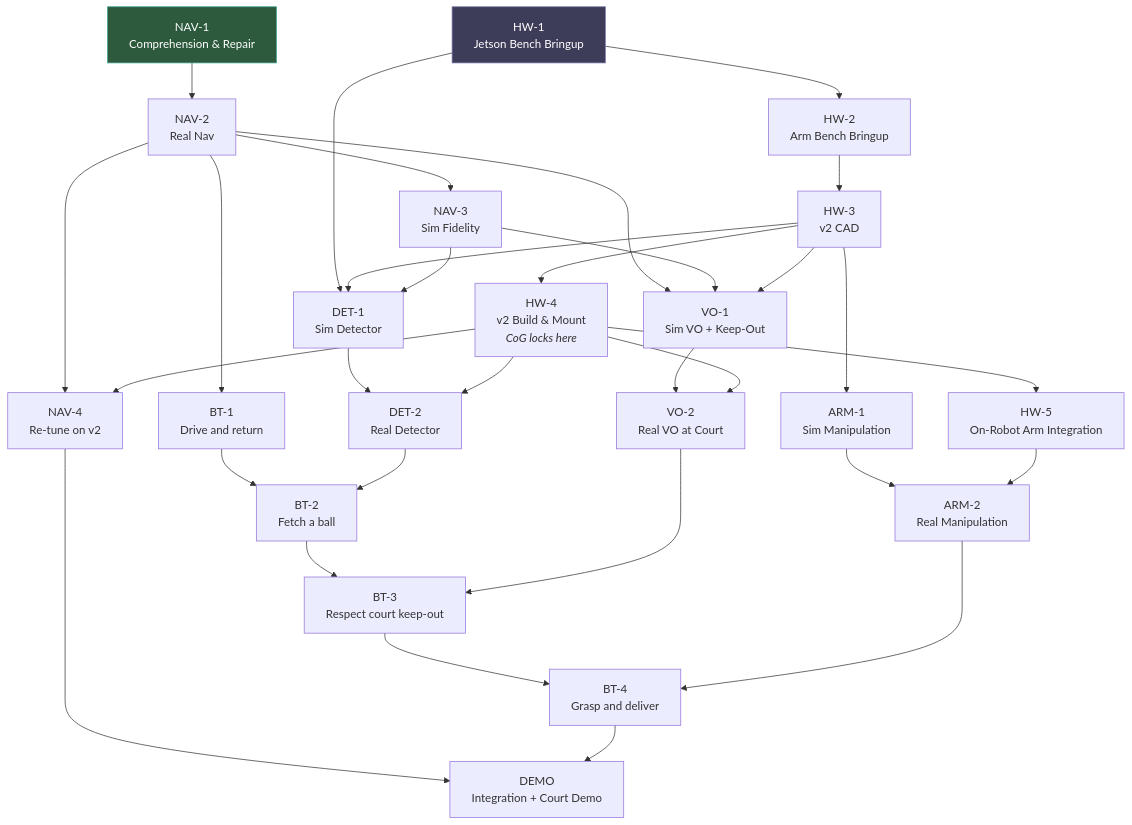
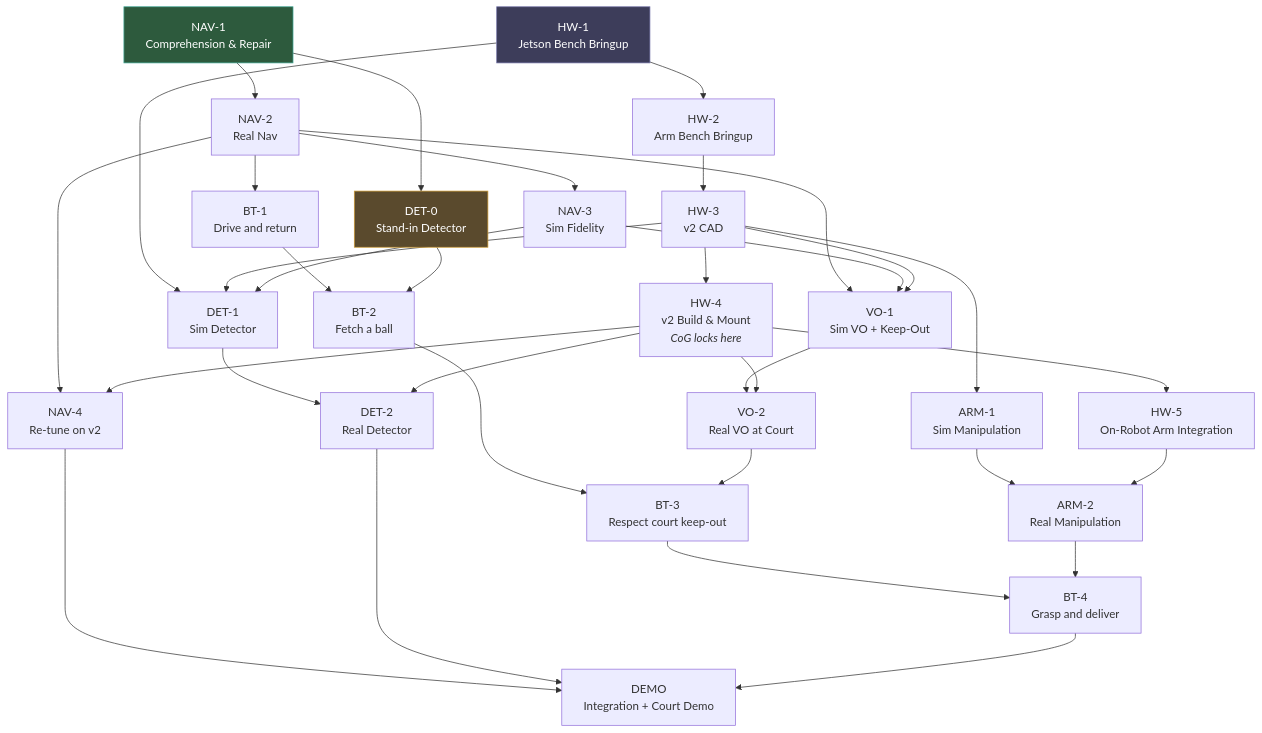
One commit to atticusrussell/brobot changed the first of 3 diagrams in docs/ROADMAP.md. Above: the diagram before and after it, drawn with Mermaid. The commit also changed other lines of this file and 1 other file, not shown here.

First line of the commit message:
docs: retain ball_tracker as detection-contract stand-in

````diff
--- a/docs/ROADMAP.md
+++ b/docs/ROADMAP.md
@@ -47,63 +47,67 @@
 ```mermaid
 flowchart TD
     N1["NAV-1<br/>Comprehension &amp; Repair"]
     N2["NAV-2<br/>Real Nav"]
     N3["NAV-3<br/>Sim Fidelity"]
     N4["NAV-4<br/>Re-tune on v2"]
 
     H1["HW-1<br/>Jetson Bench Bringup"]
     H2["HW-2<br/>Arm Bench Bringup"]
     H3["HW-3<br/>v2 CAD"]
     H4["HW-4<br/>v2 Build &amp; Mount<br/><i>CoG locks here</i>"]
     H5["HW-5<br/>On-Robot Arm Integration"]
 
+    D0["DET-0<br/>Stand-in Detector"]
     D1["DET-1<br/>Sim Detector"]
     D2["DET-2<br/>Real Detector"]
     V1["VO-1<br/>Sim VO + Keep-Out"]
     V2["VO-2<br/>Real VO at Court"]
     A1["ARM-1<br/>Sim Manipulation"]
     A2["ARM-2<br/>Real Manipulation"]
 
     B1["BT-1<br/>Drive and return"]
     B2["BT-2<br/>Fetch a ball"]
     B3["BT-3<br/>Respect court keep-out"]
     B4["BT-4<br/>Grasp and deliver"]
 
     X["DEMO<br/>Integration + Court Demo"]
 
     N1 --> N2 --> N3
     H1 --> H2 --> H3 --> H4 --> H5
 
     N2 --> N4
     H4 --> N4
 
+    N1 --> D0
     H1 --> D1
     H3 --> D1
     N3 --> D1
     D1 --> D2
     H4 --> D2
 
     N2 --> V1
     N3 --> V1
     H3 --> V1
     V1 --> V2
     H4 --> V2
 
     H3 --> A1
     A1 --> A2
     H5 --> A2
 
     N2 --> B1
     B1 --> B2
-    D2 --> B2
+    D0 --> B2
     B2 --> B3
     V2 --> B3
     B3 --> B4
     A2 --> B4
 
     N4 --> X
+    D2 --> X
     B4 --> X
 
     style N1 fill:#2d5a3d,stroke:#4a9,color:#fff
     style H1 fill:#3d3d5a,stroke:#77a,color:#fff
+    style D0 fill:#5a4a2d,stroke:#c93,color:#fff
 ```
````
